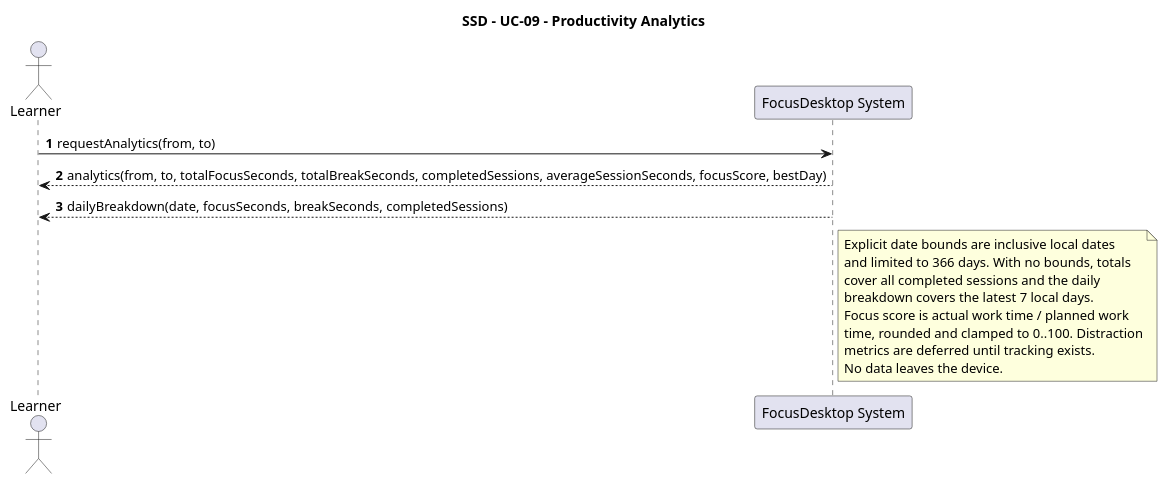
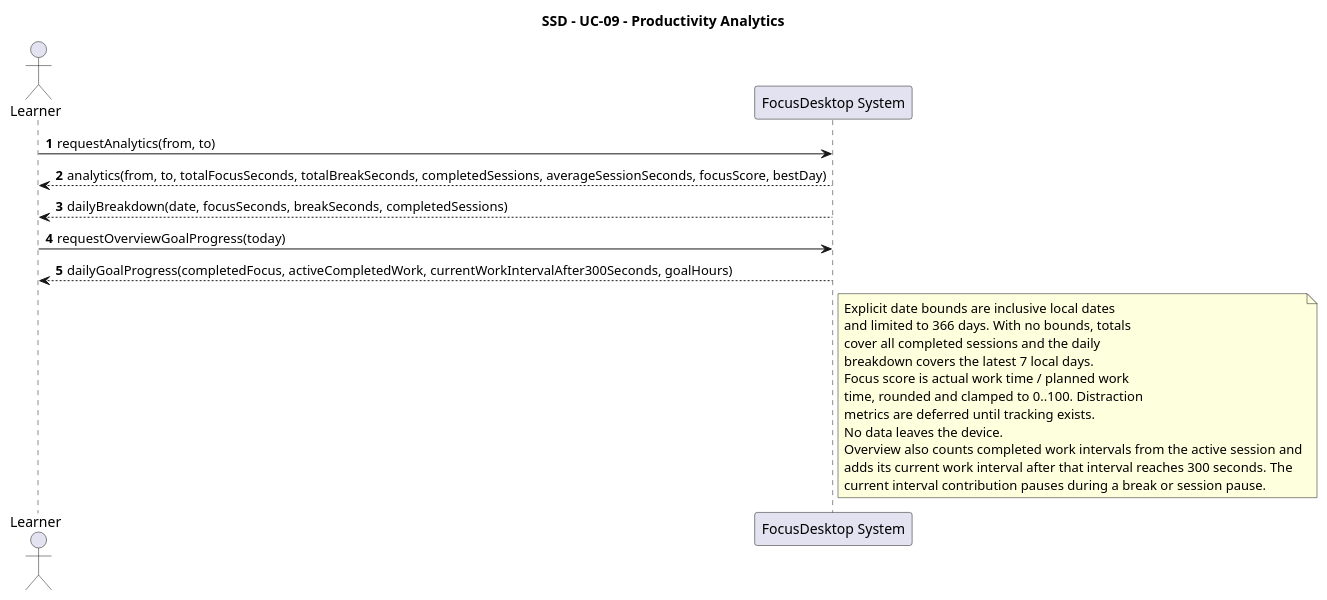
One commit to MiguelRibeiro1210/Focus-and-Study-Tracking changed the diagram in docs/SSD/SSD_Analytics.puml. Above: the diagram before and after it, drawn with PlantUML. The commit also changed 21 other files, not shown here.

```diff
--- a/docs/SSD/SSD_Analytics.puml
+++ b/docs/SSD/SSD_Analytics.puml
@@ -1,23 +1,29 @@
 @startuml
 title SSD - UC-09 - Productivity Analytics
 
 autonumber
 actor Learner
 participant "FocusDesktop System" as System
 
 Learner -> System : requestAnalytics(from, to)
 System --> Learner : analytics(from, to, totalFocusSeconds, totalBreakSeconds, completedSessions, averageSessionSeconds, focusScore, bestDay)
 System --> Learner : dailyBreakdown(date, focusSeconds, breakSeconds, completedSessions)
 
+Learner -> System : requestOverviewGoalProgress(today)
+System --> Learner : dailyGoalProgress(completedFocus, activeCompletedWork, currentWorkIntervalAfter300Seconds, goalHours)
+
 note right of System
   Explicit date bounds are inclusive local dates
   and limited to 366 days. With no bounds, totals
   cover all completed sessions and the daily
   breakdown covers the latest 7 local days.
   Focus score is actual work time / planned work
   time, rounded and clamped to 0..100. Distraction
   metrics are deferred until tracking exists.
   No data leaves the device.
+  Overview also counts completed work intervals from the active session and
+  adds its current work interval after that interval reaches 300 seconds. The
+  current interval contribution pauses during a break or session pause.
 end note
 
 @enduml
```
